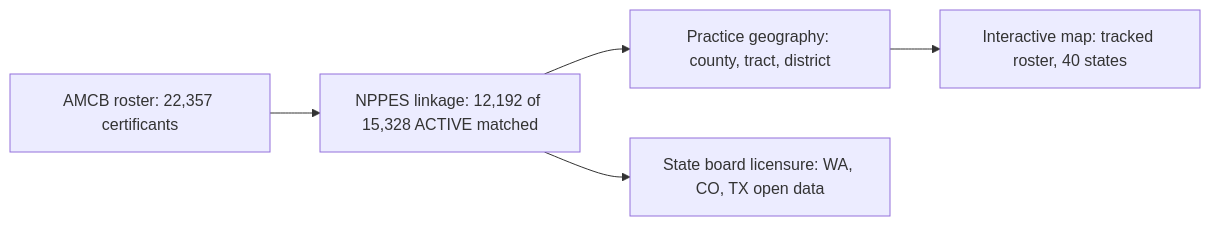
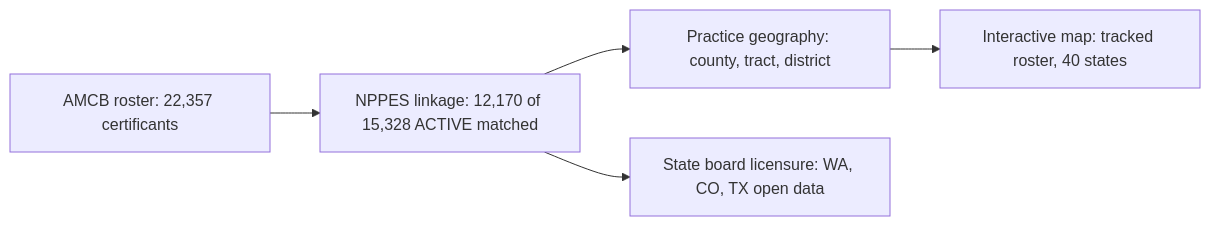
Before and after one commit to mufflyt/midwifery: the first of 5 diagrams in README.md, drawn with Mermaid. The commit also changed other lines of this file and 3 other files, not shown here.

````diff
--- a/README.md
+++ b/README.md
@@ -24,7 +24,7 @@
 ```mermaid
 flowchart LR
-  A["AMCB roster: 22,357 certificants"] --> B["NPPES linkage: 12,192 of 15,328 ACTIVE matched"]
+  A["AMCB roster: 22,357 certificants"] --> B["NPPES linkage: 12,170 of 15,328 ACTIVE matched"]
   B --> C["Practice geography: county, tract, district"]
   B --> D["State board licensure: WA, CO, TX open data"]
   C --> F["Interactive map: tracked roster, 40 states"]
 ```
````
